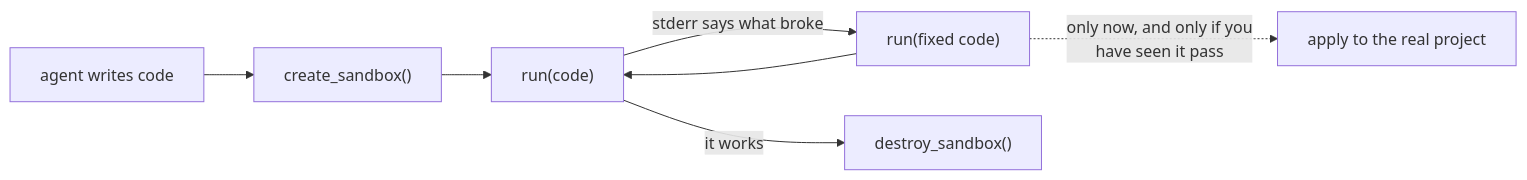
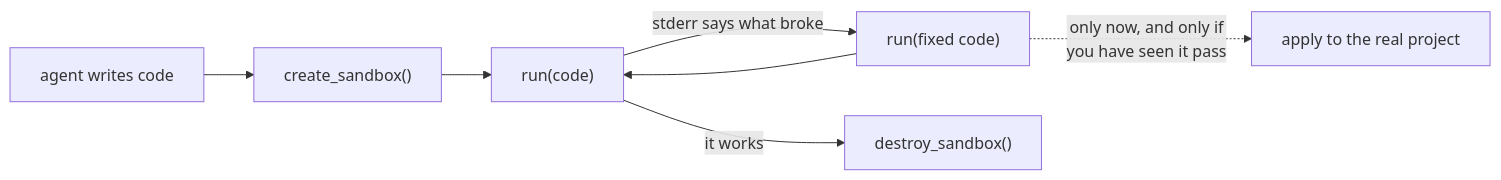
Before and after one commit to Sanjay7089/hyperbox-mcp: the diagram in README.md, drawn with Mermaid. The commit also changed other lines of this file and 19 other files, not shown here.

````diff
--- a/README.md
+++ b/README.md
@@ -14,9 +19,9 @@
 ```mermaid
 flowchart LR
     w["agent writes code"] --> c["create_sandbox()"]
     c --> r["run(code)"]
     r -->|"stderr says what broke"| f["run(fixed code)"]
     f --> r
     r -->|"it works"| d["destroy_sandbox()"]
-    f -.->|"only now, and only if you<br/>have seen it pass"| host["apply to the real project"]
+    f -.->|"only now, and only if<br/>you have seen it pass"| host["apply to the real project"]
 ```
````
